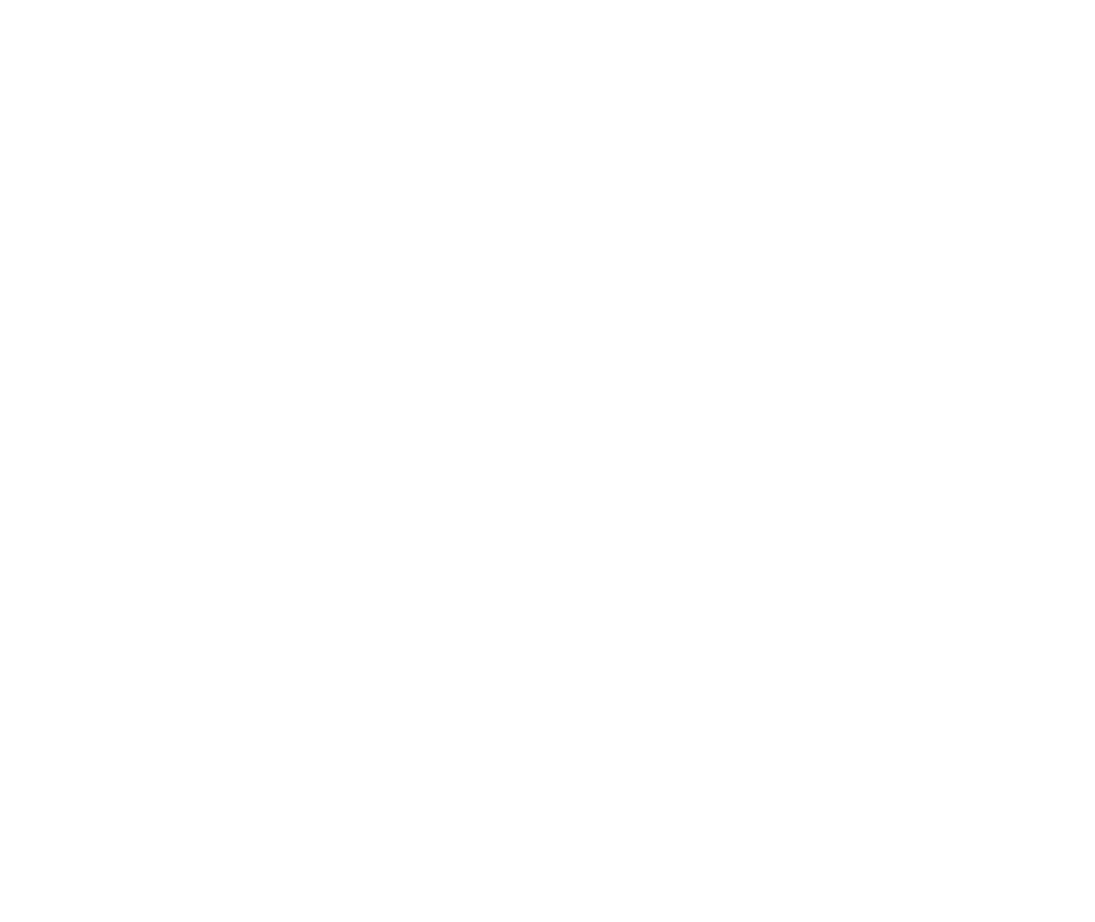
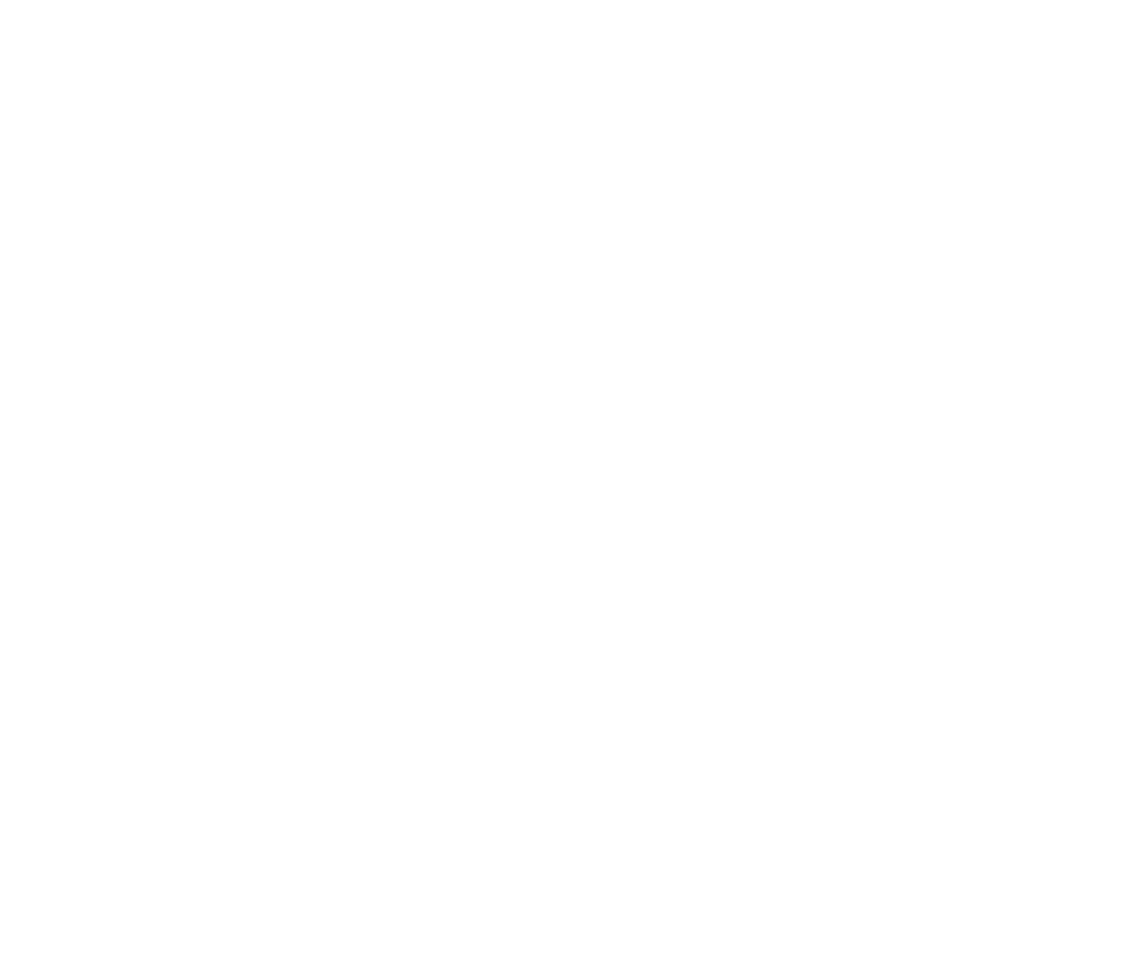
One commit to Creepppper/Student_System changed the diagram in docs/requirements/diagrams/source/FIG-04-功能模块分解图.dot. Above: the diagram before and after it, drawn with Graphviz. The commit also changed 72 other files, not shown here.

```diff
--- a/docs/requirements/diagrams/source/FIG-04-功能模块分解图.dot
+++ b/docs/requirements/diagrams/source/FIG-04-功能模块分解图.dot
@@ -1,51 +1,41 @@
 digraph FIG04 {
-  graph [size="13,10", rankdir=LR, bgcolor="white", pad="0.35", nodesep="0.35", ranksep="0.85",
-         fontname="Noto Sans CJK SC", fontsize=12, labelloc=t,
-         label="FIG-04 系统功能模块分解图（P0 35 项 / P1 11 项）\n基线 BL-REQ-001 v1.2-provisional；四类角色；不包含任课教师", dpi=200];
-  node [fontname="Noto Sans CJK SC", fontsize=10];
-  edge [fontname="Noto Sans CJK SC", fontsize=9, color="#5B6B7A", arrowsize=0.7];
+  graph [size="10,10", rankdir=LR, bgcolor="white", pad="0.35", nodesep="0.3", ranksep="0.7",
+         fontname="Noto Sans CJK SC", fontsize=11, labelloc=t,
+         label="FIG-04 系统功能模块分解图（P0 35 项 / P1 11 项）\n功能树只表示层级；FR 明细见 FIG-04A1～A3、04B", dpi=220];
+  node [fontname="Noto Sans CJK SC", fontsize=9, shape=box, style="rounded,filled", fillcolor="#FFF8E7", color="#B8860B", margin="0.08,0.04"];
+  edge [color="#8A6D3B", arrowhead=none, arrowsize=0.4];
 
-  SYS [label="高中学生信息与成绩管理系统\n（P0 主链路 + P1 扩展）", shape=box, style="rounded,filled",
-       fillcolor="#DCE9F7", color="#2F5D8A", penwidth=1.6, fontsize=14, width=3.2];
+  SYS [label="高中学生信息与成绩管理系统\nP0 主链路 + P1 扩展", fillcolor="#DCE9F7", color="#2F5D8A", fontsize=12, width=3.0];
+  P0 [label="P0 必须交付\n35 项", fillcolor="#FFF3CD", color="#B8860B", fontsize=10, width=1.8];
+  P1 [label="P1 扩展\n11 项", fillcolor="#F3E8FF", color="#7B4FA0", fontsize=10, width=1.8, style="rounded,dashed,filled"];
+  SYS -> P0; SYS -> P1;
 
-  P0 [label="P0 必须交付\n35 项功能", shape=box, style="rounded,filled",
-      fillcolor="#FFF3CD", color="#B8860B", penwidth=1.4, fontsize=12, width=2.0];
-  P1 [label="P1 扩展需求\n11 项功能", shape=box, style="rounded,dashed,filled",
-      fillcolor="#F3E8FF", color="#7B4FA0", penwidth=1.4, fontsize=12, width=2.0];
+  G_BASE [label="教务基础\n5 个模块", fillcolor="#FFF3CD", fontsize=9.5];
+  G_SCORE [label="成绩与审计\n5 个模块", fillcolor="#FFF3CD", fontsize=9.5];
+  G_P1 [label="P1 扩展\n4 个模块", fillcolor="#E9D8FD", color="#7B4FA0", fontsize=9.5, style="rounded,dashed,filled"];
+  P0 -> G_BASE; P0 -> G_SCORE; P1 -> G_P1;
 
-  SYS -> P0 [label="必须完成"];
-  SYS -> P1 [label="P0 稳定后增强", style=dashed];
+  M_AUTH [label="MOD-AUTH 认证与权限\nFR-AUTH-001～005"];
+  M_ORG  [label="MOD-ORG 组织与学年\nFR-ORG-001～005"];
+  M_STU  [label="MOD-STU 学生档案\nFR-STU-001～004"];
+  M_TCH  [label="MOD-TCH 班主任与科目\nFR-TCH-001～002"];
+  M_EXAM [label="MOD-EXAM 考试管理\nFR-EXAM-001～004"];
+  M_SCORE[label="MOD-SCORE 成绩录入与提交\nFR-SCORE-001～005"];
+  M_PUB  [label="MOD-PUB 审核与发布\nFR-PUB-001～004"];
+  M_QUERY[label="MOD-QUERY 本人成绩查询\nFR-QUERY-001～002"];
+  M_STAT [label="MOD-STAT 基础统计\nFR-STAT-001～002"];
+  M_AUDIT[label="MOD-AUDIT 业务审计\nFR-AUDIT-001～002"];
+  G_BASE -> M_AUTH; G_BASE -> M_ORG; G_BASE -> M_STU; G_BASE -> M_TCH; G_BASE -> M_EXAM;
+  G_SCORE -> M_SCORE; G_SCORE -> M_PUB; G_SCORE -> M_QUERY; G_SCORE -> M_STAT; G_SCORE -> M_AUDIT;
 
-  subgraph cluster_p0 {
-    label="P0 功能模块（全部为未实现的目标能力；若依仅提供基础能力）";
-    fontsize=11; fontcolor="#7A4B00"; style="rounded,dashed"; color="#D6B656";
-    M_AUTH [label="MOD-AUTH\n认证与权限\nFR-AUTH-001～005", shape=box, style="rounded,filled", fillcolor="#FFF8E7"];
-    M_ORG  [label="MOD-ORG\n学年/学期/年级/班级\nFR-ORG-001～005", shape=box, style="rounded,filled", fillcolor="#FFF8E7"];
-    M_STU  [label="MOD-STU\n学生档案\nFR-STU-001～004", shape=box, style="rounded,filled", fillcolor="#FFF8E7"];
-    M_TCH  [label="MOD-TCH\n班主任与科目\nFR-TCH-001～002", shape=box, style="rounded,filled", fillcolor="#FFF8E7"];
-    M_EXAM [label="MOD-EXAM\n考试管理\nFR-EXAM-001～004", shape=box, style="rounded,filled", fillcolor="#FFF8E7"];
-    M_SCORE[label="MOD-SCORE\n成绩录入与提交\nFR-SCORE-001～005", shape=box, style="rounded,filled", fillcolor="#FFF8E7"];
-    M_PUB  [label="MOD-PUB\n成绩审核与发布\nFR-PUB-001～004", shape=box, style="rounded,filled", fillcolor="#FFF8E7"];
-    M_QUERY[label="MOD-QUERY\n本人成绩查询\nFR-QUERY-001～002", shape=box, style="rounded,filled", fillcolor="#FFF8E7"];
-    M_STAT [label="MOD-STAT\n基础成绩统计\nFR-STAT-001～002", shape=box, style="rounded,filled", fillcolor="#FFF8E7"];
-    M_AUDIT[label="MOD-AUDIT\n业务审计\nFR-AUDIT-001～002", shape=box, style="rounded,filled", fillcolor="#FFF8E7"];
-  }
+  M_REVIEW [label="MOD-REVIEW 成绩复核\nFR-REVIEW-001/002/004/005", fillcolor="#F7F0FF", color="#7B4FA0", style="rounded,dashed,filled"];
+  M_IMPORT [label="MOD-IMPORT 导入导出\nFR-IMPORT-001～004", fillcolor="#F7F0FF", color="#7B4FA0", style="rounded,dashed,filled"];
+  M_TREND  [label="MOD-TREND 成绩趋势\nFR-TREND-001～002", fillcolor="#F7F0FF", color="#7B4FA0", style="rounded,dashed,filled"];
+  M_COMPARE[label="MOD-COMPARE 班级对比\nFR-COMPARE-001", fillcolor="#F7F0FF", color="#7B4FA0", style="rounded,dashed,filled"];
+  G_P1 -> M_REVIEW [style=dashed]; G_P1 -> M_IMPORT [style=dashed];
+  G_P1 -> M_TREND [style=dashed]; G_P1 -> M_COMPARE [style=dashed];
 
-  subgraph cluster_p1 {
-    label="P1 扩展（不进入 P0 退出条件）";
-    fontsize=11; fontcolor="#5B2C87"; style="rounded,dashed"; color="#B39DDB";
-    M_REVIEW [label="MOD-REVIEW\n成绩复核\nFR-REVIEW-001/002/004/005", shape=box, style="rounded,dashed,filled", fillcolor="#F7F0FF"];
-    M_IMPORT [label="MOD-IMPORT\nExcel 导入导出\nFR-IMPORT-001～004", shape=box, style="rounded,dashed,filled", fillcolor="#F7F0FF"];
-    M_TREND  [label="MOD-TREND\n成绩趋势\nFR-TREND-001～002", shape=box, style="rounded,dashed,filled", fillcolor="#F7F0FF"];
-    M_COMPARE[label="MOD-COMPARE\n班级对比\nFR-COMPARE-001", shape=box, style="rounded,dashed,filled", fillcolor="#F7F0FF"];
-  }
-
-  P0 -> M_AUTH; P0 -> M_ORG; P0 -> M_STU; P0 -> M_TCH; P0 -> M_EXAM;
-  P0 -> M_SCORE; P0 -> M_PUB; P0 -> M_QUERY; P0 -> M_STAT; P0 -> M_AUDIT;
-  P1 -> M_REVIEW [style=dashed]; P1 -> M_IMPORT [style=dashed];
-  P1 -> M_TREND [style=dashed]; P1 -> M_COMPARE [style=dashed];
-
-  note [shape=note, style=filled, fillcolor="#F7F7F7", fontsize=9,
-        label="说明：图中 FR 编号以 02-功能需求规格 v0.2-draft 为准；\lP0 35 项、P1 11 项；不出现任课教师。\l详细 FR 清单见 FIG-04A/04B 与追踪矩阵。\l"];
-  M_AUDIT -> note [style=dotted, arrowhead=none];
+  NOTE [shape=note, style=filled, fillcolor="#FAFAFA", color="#999999", fontsize=8,
+        label="说明：图中为功能模块层级，不是 Maven/项目目录；\lP0 35/P1 11 的完整 FR 展开见 04A1～A3 与 04B。\l不出现任课教师。\l"];
+  M_AUDIT -> NOTE [style=dotted, arrowhead=none, color="#999999"];
 }
```
